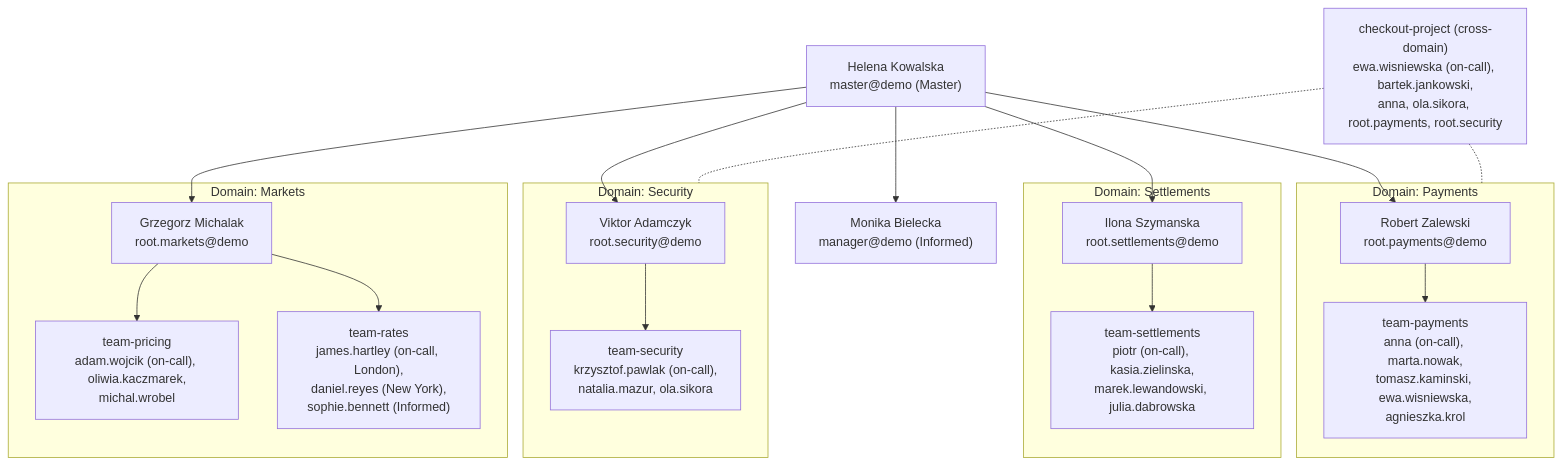
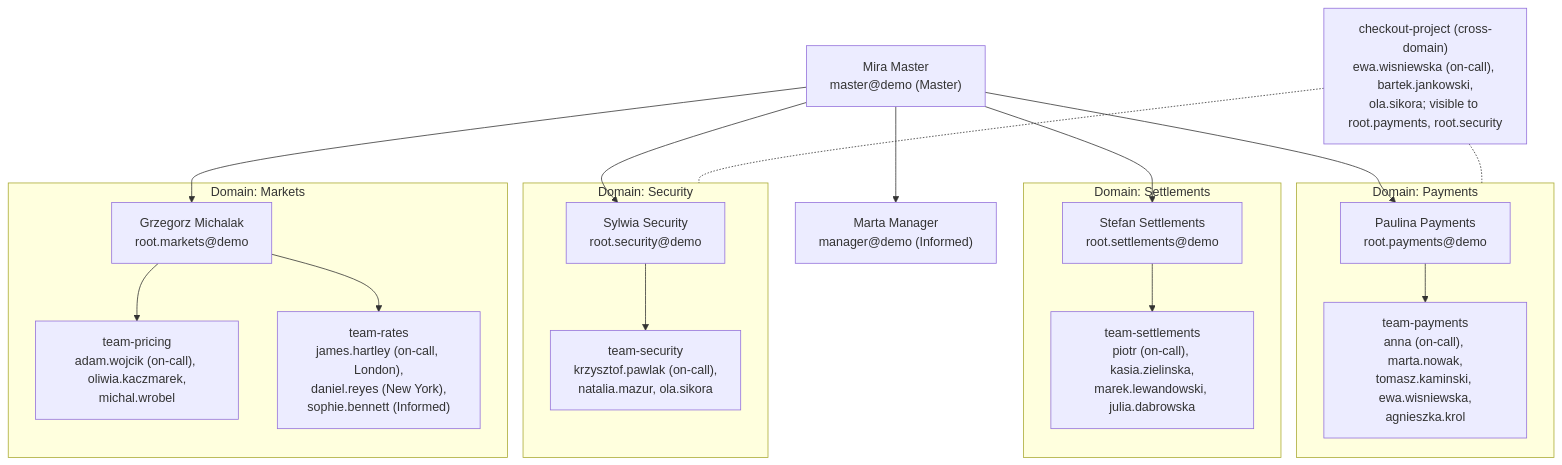
The diagram in docs/DEMO_ORG.md (julpul/gs-alerting), drawn with Mermaid before and after one commit. The commit also changed other lines of this file and 19 other files, not shown here.

````diff
--- a/docs/DEMO_ORG.md
+++ b/docs/DEMO_ORG.md
@@ -18,37 +18,37 @@
 ```mermaid
 flowchart TD
-  M["Helena Kowalska<br/>master@demo (Master)"]
-  M --> RP["Robert Zalewski<br/>root.payments@demo"]
-  M --> RS["Ilona Szymanska<br/>root.settlements@demo"]
-  M --> RX["Viktor Adamczyk<br/>root.security@demo"]
+  M["Mira Master<br/>master@demo (Master)"]
+  M --> RP["Paulina Payments<br/>root.payments@demo"]
+  M --> RS["Stefan Settlements<br/>root.settlements@demo"]
+  M --> RX["Sylwia Security<br/>root.security@demo"]
   M --> RM["Grzegorz Michalak<br/>root.markets@demo"]
-  M --> MG["Monika Bielecka<br/>manager@demo (Informed)"]
+  M --> MG["Marta Manager<br/>manager@demo (Informed)"]
 
   subgraph Payments [Domain: Payments]
     RP
     TP["team-payments<br/>anna (on-call), marta.nowak,<br/>tomasz.kaminski, ewa.wisniewska,<br/>agnieszka.krol"]
   end
   subgraph Settlements [Domain: Settlements]
     RS
     TS["team-settlements<br/>piotr (on-call), kasia.zielinska,<br/>marek.lewandowski, julia.dabrowska"]
   end
   subgraph Security [Domain: Security]
     RX
     TX["team-security<br/>krzysztof.pawlak (on-call),<br/>natalia.mazur, ola.sikora"]
   end
   subgraph Markets [Domain: Markets]
     RM
     TPR["team-pricing<br/>adam.wojcik (on-call), oliwia.kaczmarek,<br/>michal.wrobel"]
     TR["team-rates<br/>james.hartley (on-call, London),<br/>daniel.reyes (New York),<br/>sophie.bennett (Informed)"]
   end
 
-  CP["checkout-project (cross-domain)<br/>ewa.wisniewska (on-call), bartek.jankowski,<br/>anna, ola.sikora, root.payments, root.security"]
+  CP["checkout-project (cross-domain)<br/>ewa.wisniewska (on-call), bartek.jankowski,<br/>ola.sikora; visible to root.payments, root.security"]
   CP -.- Payments
   CP -.- Security
 
   RP --> TP
   RS --> TS
   RX --> TX
   RM --> TPR
   RM --> TR
 ```
````
